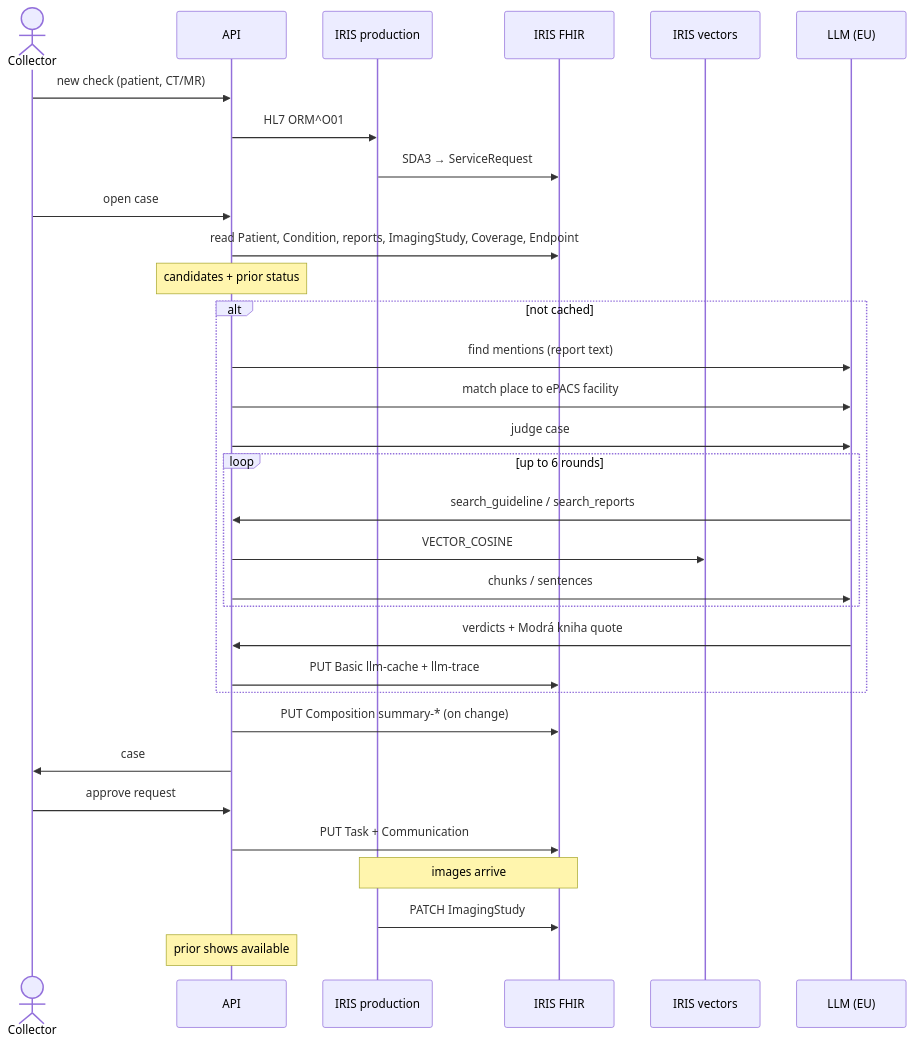
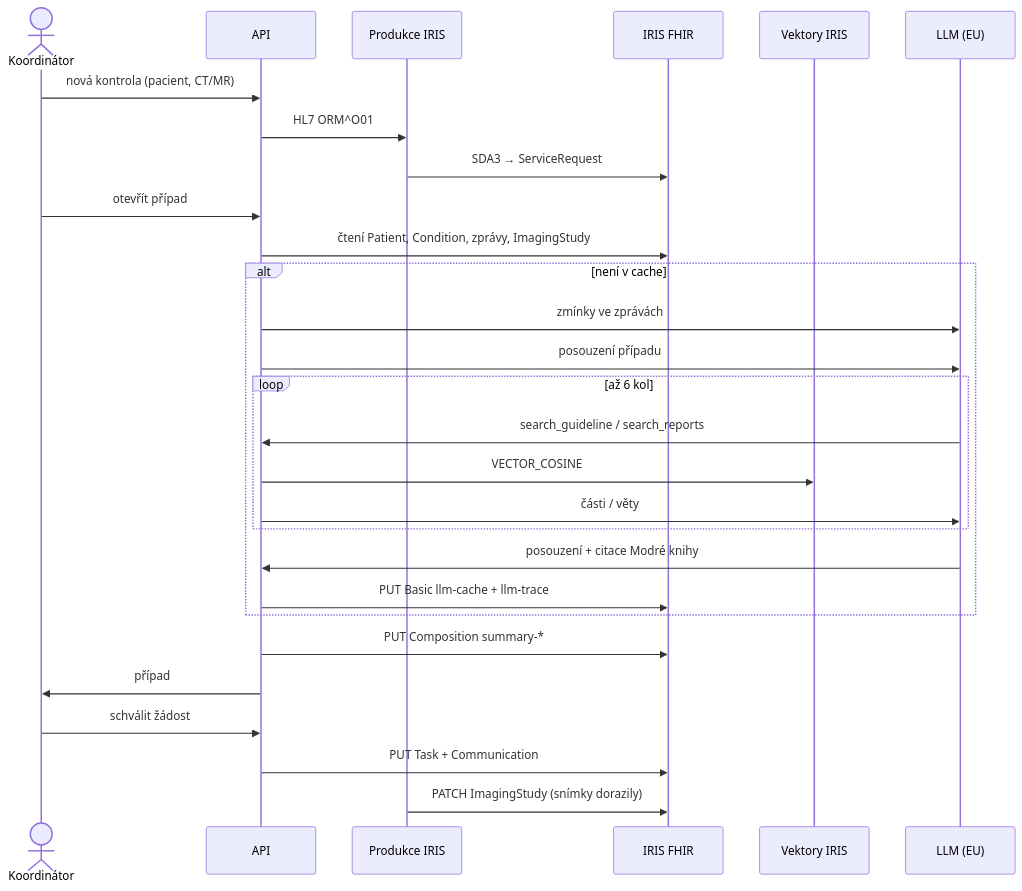
The diagram in src/content/docs/explanation/data-flow.md (KomPACS/docs), drawn with Mermaid before and after one commit. The commit also changed other lines of this file and 116 other files, not shown here.

````diff
--- a/src/content/docs/explanation/data-flow.md
+++ b/src/content/docs/explanation/data-flow.md
@@ -31,35 +10,31 @@
 ```mermaid
 sequenceDiagram
-  actor C as Collector
+  actor C as Koordinátor
   participant API as API
-  participant P as IRIS production
+  participant P as Produkce IRIS
   participant F as IRIS FHIR
-  participant V as IRIS vectors
+  participant V as Vektory IRIS
   participant L as LLM (EU)
 
-  C->>API: new check (patient, CT/MR)
+  C->>API: nová kontrola (pacient, CT/MR)
   API->>P: HL7 ORM^O01
   P->>F: SDA3 → ServiceRequest
-  C->>API: open case
-  API->>F: read Patient, Condition, reports, ImagingStudy, Coverage, Endpoint
-  Note over API: candidates + prior status
-  alt not cached
-    API->>L: find mentions (report text)
-    API->>L: match place to ePACS facility
-    API->>L: judge case
-    loop up to 6 rounds
+  C->>API: otevřít případ
+  API->>F: čtení Patient, Condition, zprávy, ImagingStudy
+  alt není v cache
+    API->>L: zmínky ve zprávách
+    API->>L: posouzení případu
+    loop až 6 kol
       L->>API: search_guideline / search_reports
       API->>V: VECTOR_COSINE
-      API->>L: chunks / sentences
+      API->>L: části / věty
     end
-    L->>API: verdicts + Modrá kniha quote
+    L->>API: posouzení + citace Modré knihy
     API->>F: PUT Basic llm-cache + llm-trace
   end
-  API->>F: PUT Composition summary-* (on change)
-  API->>C: case
-  C->>API: approve request
+  API->>F: PUT Composition summary-*
+  API->>C: případ
+  C->>API: schválit žádost
   API->>F: PUT Task + Communication
-  Note over P,F: images arrive
-  P->>F: PATCH ImagingStudy
-  Note over API: prior shows available
+  P->>F: PATCH ImagingStudy (snímky dorazily)
 ```
````
